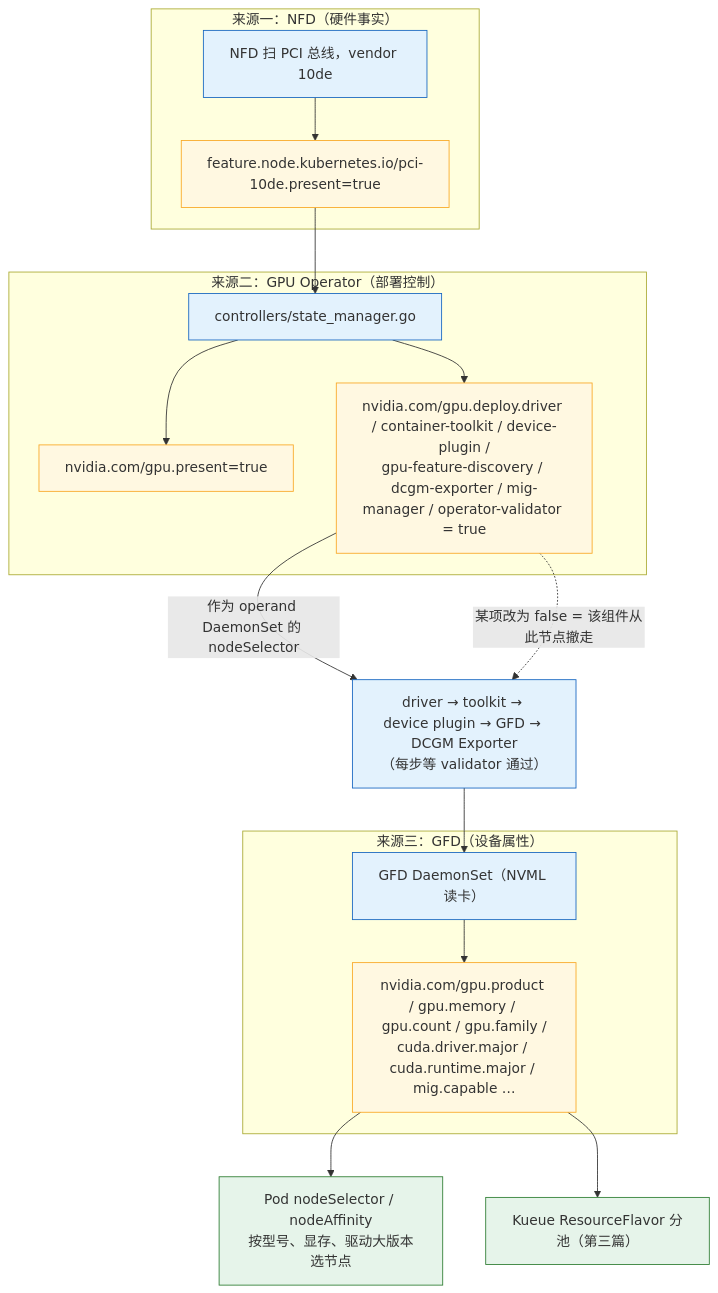
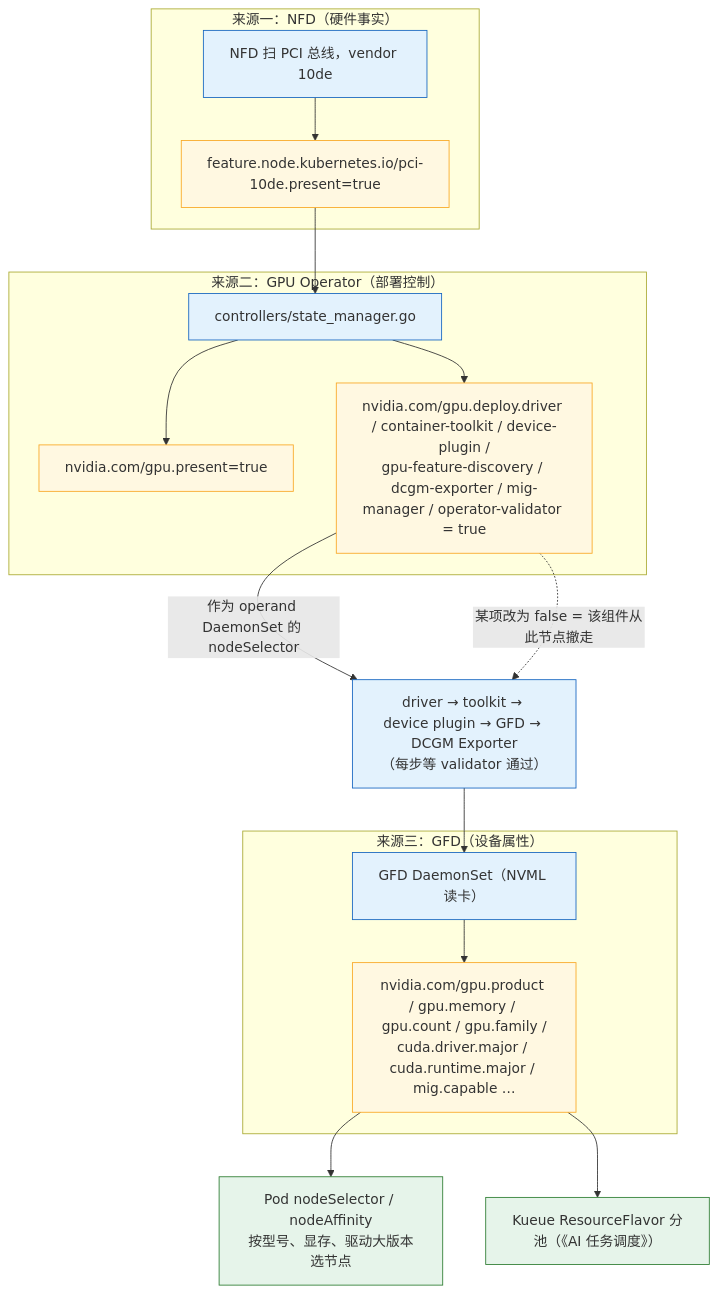
One commit to arganzheng/arganzheng.github.com changed the fourth of 5 diagrams in _posts/2026-09-16-gpu-in-containers-driver-cuda-device-plugin.md. Above: the diagram before and after it, drawn with Mermaid. The commit also changed other lines of this file, not shown here.

````diff
--- a/_posts/2026-09-16-gpu-in-containers-driver-cuda-device-plugin.md
+++ b/_posts/2026-09-16-gpu-in-containers-driver-cuda-device-plugin.md
@@ -434,26 +477,26 @@
 ```mermaid
 %% 图：节点标签的三个来源是一条因果链：NFD 的硬件标签触发 Operator 打部署标签，operand 起来后 GFD 才给出设备属性标签
 flowchart TB
     subgraph src1["来源一：NFD（硬件事实）"]
         NFD["NFD 扫 PCI 总线，vendor 10de"] --> L1["feature.node.kubernetes.io/pci-10de.present=true"]
     end
     subgraph src2["来源二：GPU Operator（部署控制）"]
         OP["controllers/state_manager.go"] --> L2["nvidia.com/gpu.present=true"]
         OP --> L3["nvidia.com/gpu.deploy.driver / container-toolkit / device-plugin /<br/>gpu-feature-discovery / dcgm-exporter / mig-manager / operator-validator = true"]
     end
     subgraph src3["来源三：GFD（设备属性）"]
         GFD["GFD DaemonSet（NVML 读卡）"] --> L4["nvidia.com/gpu.product / gpu.memory / gpu.count / gpu.family /<br/>cuda.driver.major / cuda.runtime.major / mig.capable …"]
     end
     L1 --> OP
     L3 -->|"作为 operand DaemonSet 的 nodeSelector"| DS["driver → toolkit → device plugin → GFD → DCGM Exporter<br/>（每步等 validator 通过）"]
     DS --> GFD
     L3 -.->|"某项改为 false = 该组件从此节点撤走"| DS
     L4 --> USE1["Pod nodeSelector / nodeAffinity<br/>按型号、显存、驱动大版本选节点"]
-    L4 --> USE2["Kueue ResourceFlavor 分池（第三篇）"]
+    L4 --> USE2["Kueue ResourceFlavor 分池（《AI 任务调度》）"]
     classDef lbl fill:#fff8e1,stroke:#f9a825;
     classDef comp fill:#e3f2fd,stroke:#1565c0;
     classDef use fill:#e6f4ea,stroke:#2e7d32;
     class L1,L2,L3,L4 lbl;
     class NFD,OP,GFD,DS comp;
     class USE1,USE2 use;
 ```
````
